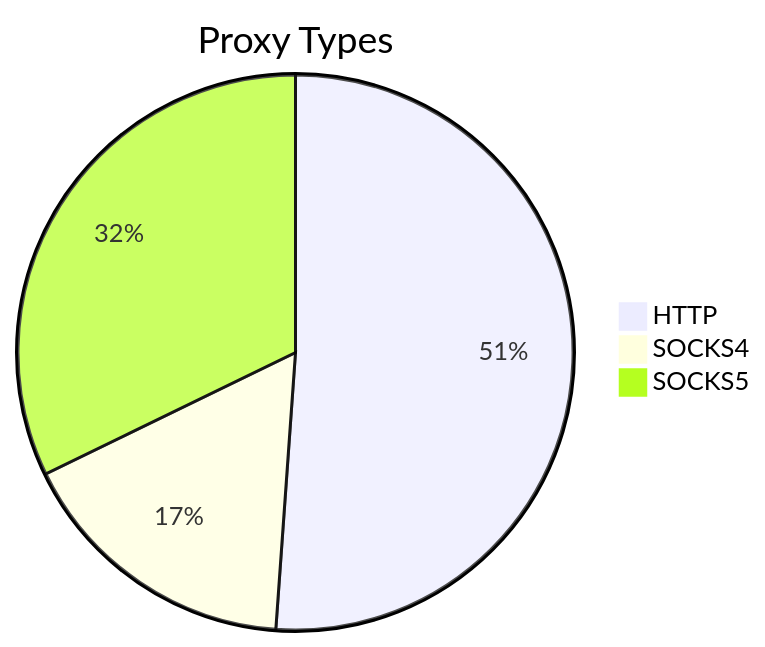
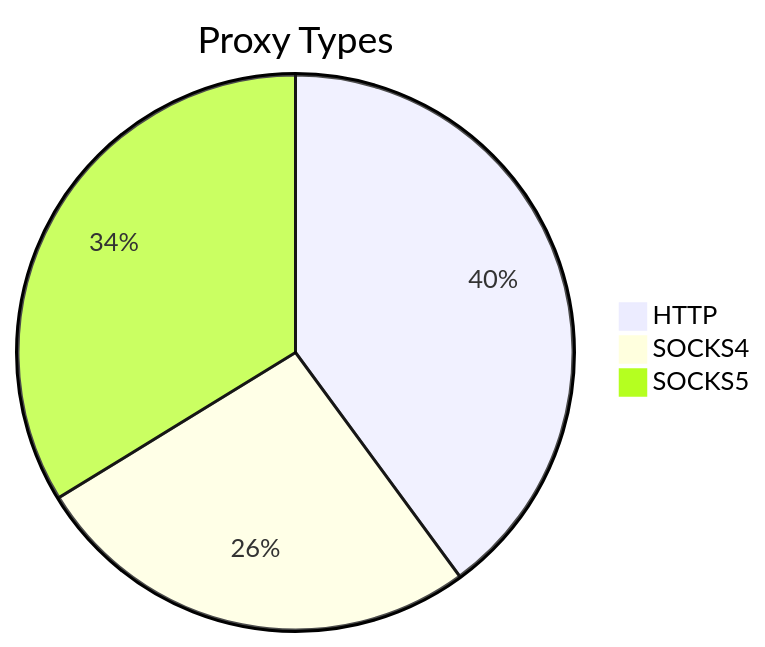
Before and after one commit to stormsia/proxy-list: the first of 2 diagrams in README.md, drawn with Mermaid. The commit also changed other lines of this file, not shown here.

````diff
--- a/README.md
+++ b/README.md
@@ -21,6 +21,6 @@
 ```mermaid
 pie title Proxy Types
-    "HTTP" : 181
-    "SOCKS4" : 59
-    "SOCKS5" : 114
+    "HTTP" : 220
+    "SOCKS4" : 145
+    "SOCKS5" : 186
 ```
````
